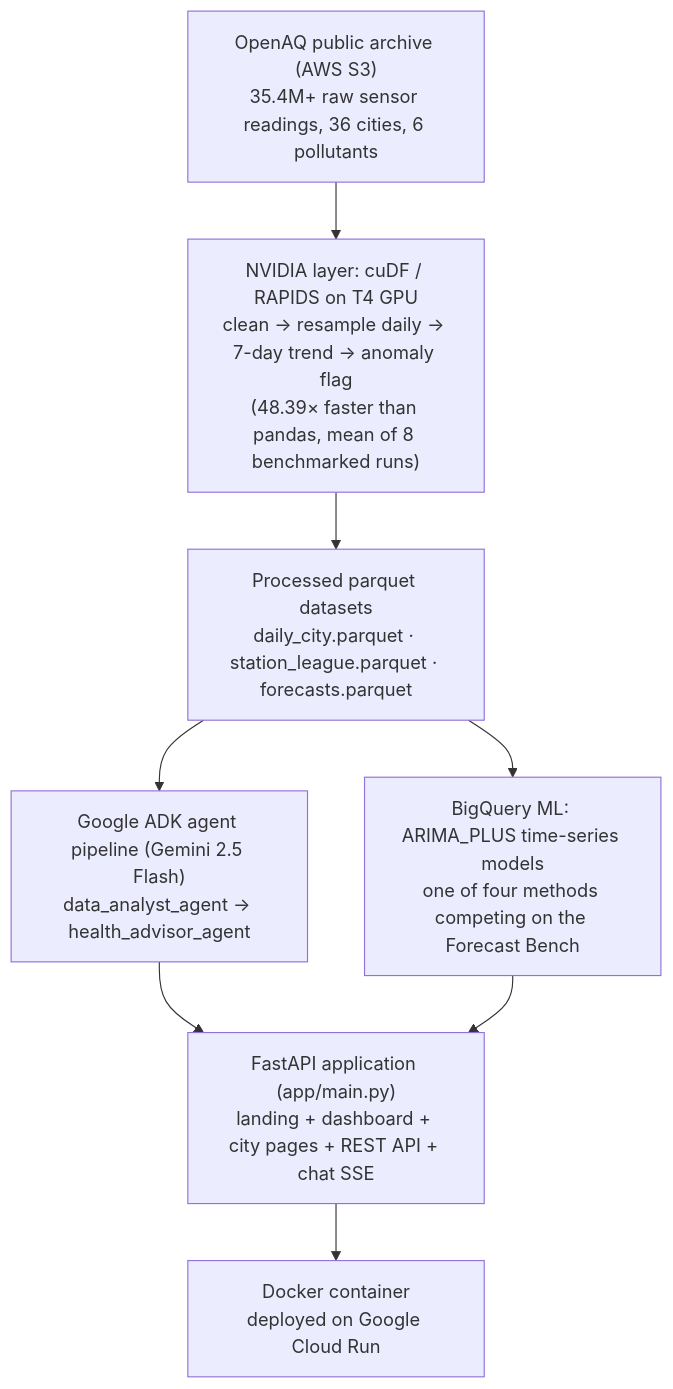
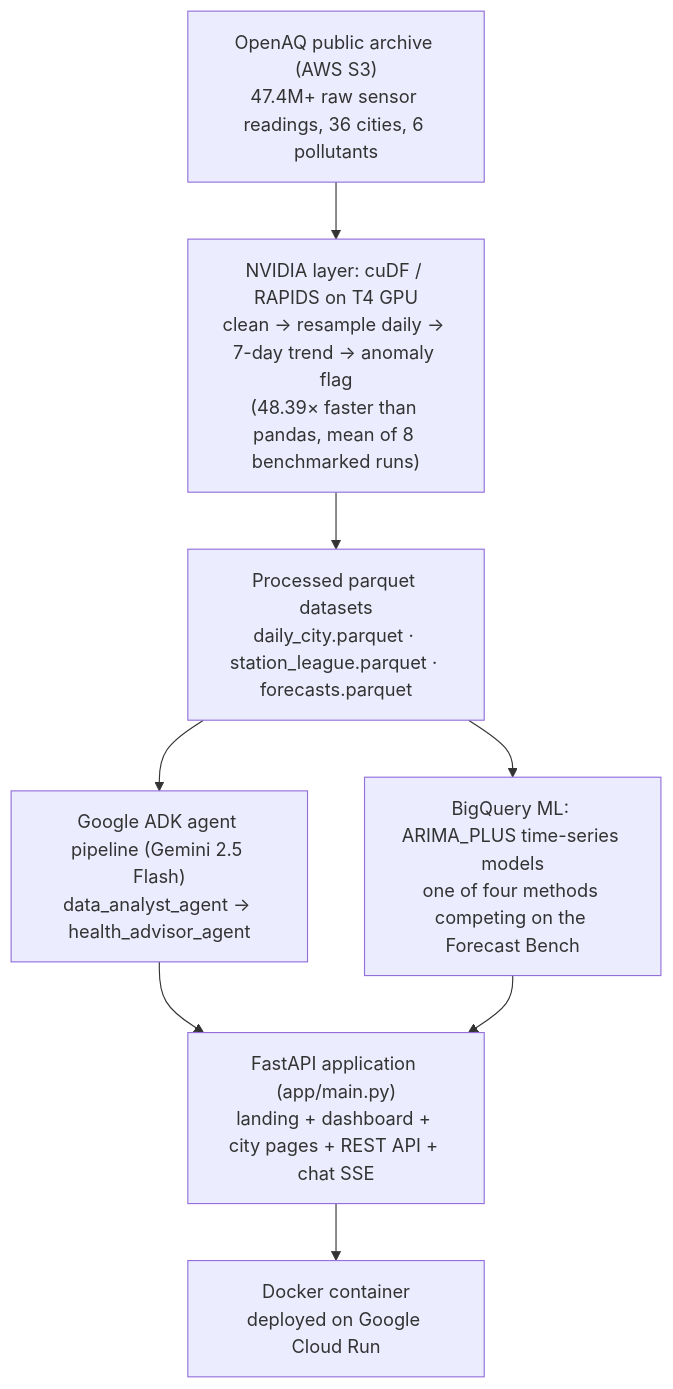
Before and after one commit to anshul23102/vayusense: the first of 2 diagrams in README.md, drawn with Mermaid. The commit also changed other lines of this file and 7 other files, not shown here.

````diff
--- a/README.md
+++ b/README.md
@@ -201,11 +201,11 @@
 ```mermaid
 flowchart TD
-    A["OpenAQ public archive (AWS S3)\n35.4M+ raw sensor readings, 36 cities, 6 pollutants"] --> B
+    A["OpenAQ public archive (AWS S3)\n47.4M+ raw sensor readings, 36 cities, 6 pollutants"] --> B
     B["NVIDIA layer: cuDF / RAPIDS on T4 GPU\nclean → resample daily → 7-day trend → anomaly flag\n(48.39× faster than pandas, mean of 8 benchmarked runs)"] --> C
     C["Processed parquet datasets\ndaily_city.parquet · station_league.parquet · forecasts.parquet"] --> D
     C --> E
     D["Google ADK agent pipeline (Gemini 2.5 Flash)\ndata_analyst_agent → health_advisor_agent"] --> F
     E["BigQuery ML: ARIMA_PLUS time-series models\none of four methods competing on the Forecast Bench"] --> F
     F["FastAPI application (app/main.py)\nlanding + dashboard + city pages + REST API + chat SSE"] --> G
     G["Docker container\ndeployed on Google Cloud Run"]
 ```
````
